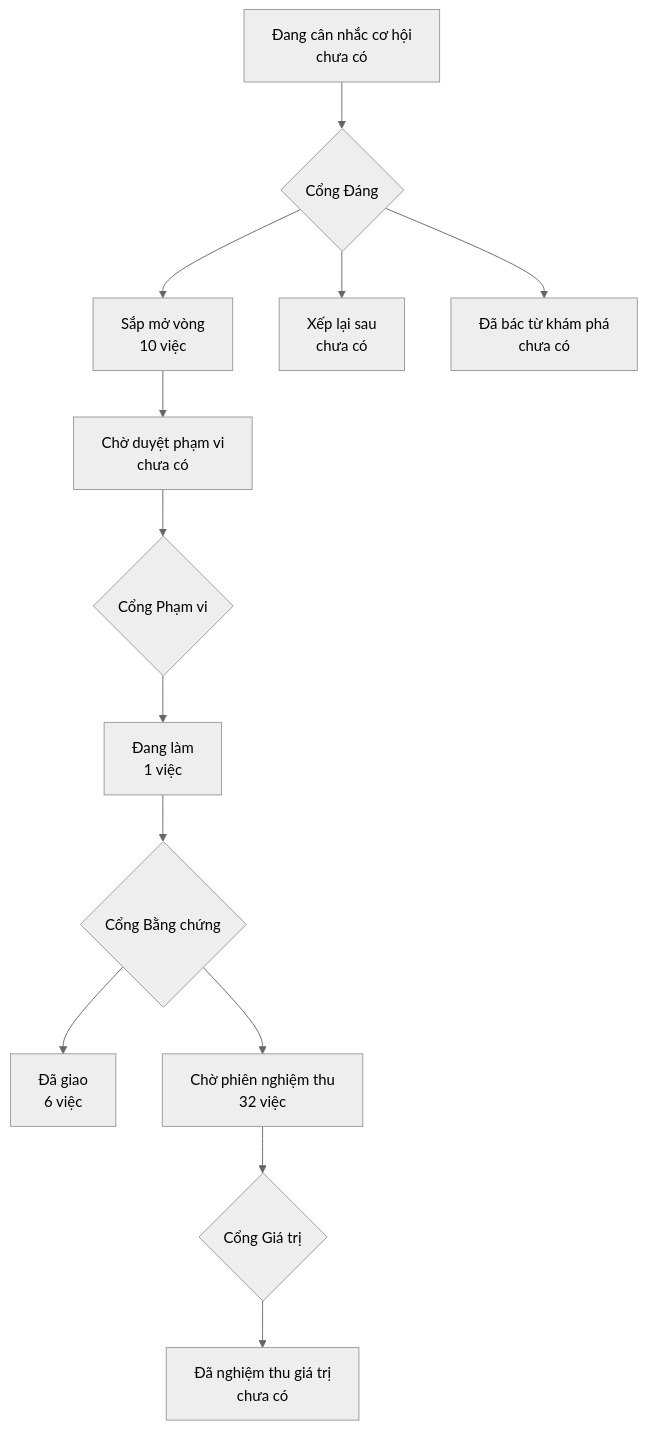
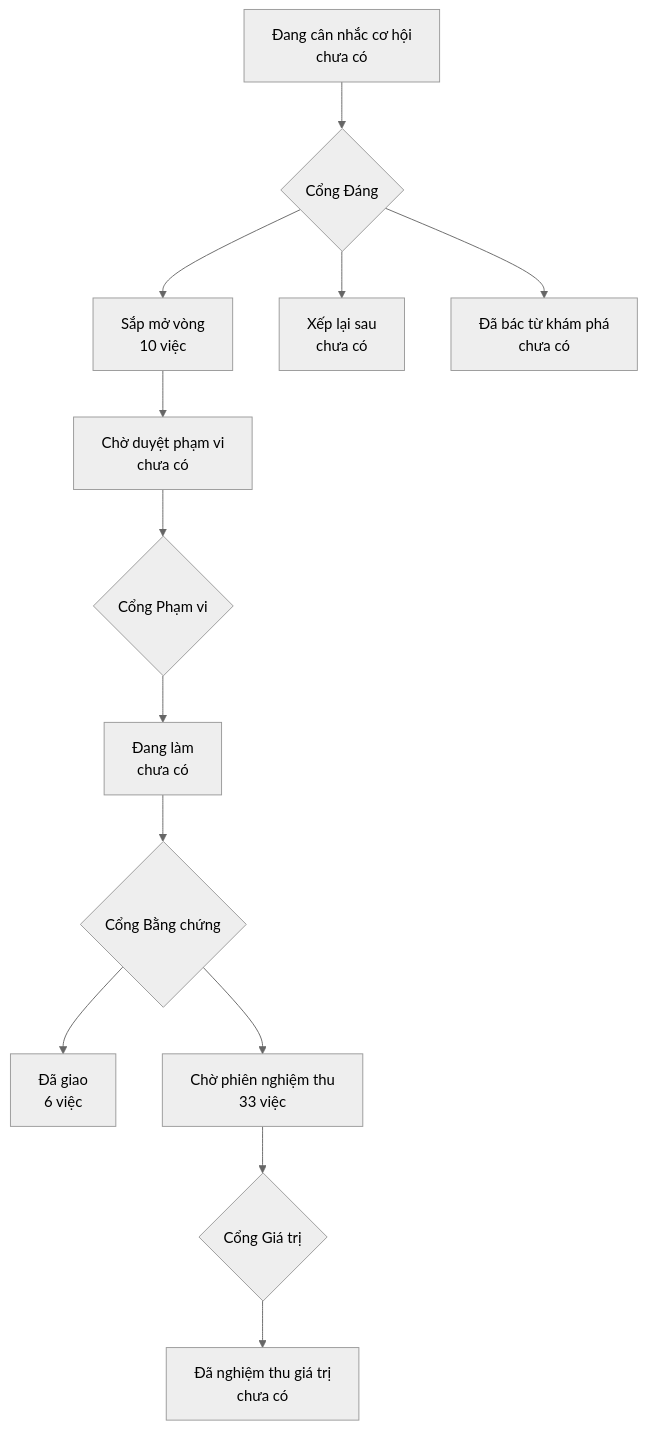
The diagram in PRODUCT-MAP.md (phanlemanh/onehub-quy-hang), drawn with Mermaid (neutral theme) before and after one commit. The commit also changed other lines of this file and 16 other files, not shown here.

````diff
--- a/PRODUCT-MAP.md
+++ b/PRODUCT-MAP.md
@@ -7,12 +7,12 @@
 ```mermaid
 flowchart TD
   A["Đang cân nhắc cơ hội<br/>chưa có"] --> GD{"Cổng Đáng"}
   GD --> B["Sắp mở vòng<br/>10 việc"]
   GD --> XL["Xếp lại sau<br/>chưa có"]
   GD --> DB["Đã bác từ khám phá<br/>chưa có"]
   B --> CD["Chờ duyệt phạm vi<br/>chưa có"] --> GP{"Cổng Phạm vi"}
-  GP --> DL["Đang làm<br/>1 việc"] --> GB{"Cổng Bằng chứng"}
+  GP --> DL["Đang làm<br/>chưa có"] --> GB{"Cổng Bằng chứng"}
   GB --> DG["Đã giao<br/>6 việc"]
-  GB --> CN["Chờ phiên nghiệm thu<br/>32 việc"] --> GG{"Cổng Giá trị"}
+  GB --> CN["Chờ phiên nghiệm thu<br/>33 việc"] --> GG{"Cổng Giá trị"}
   GG --> NT["Đã nghiệm thu giá trị<br/>chưa có"]
 ```
````
